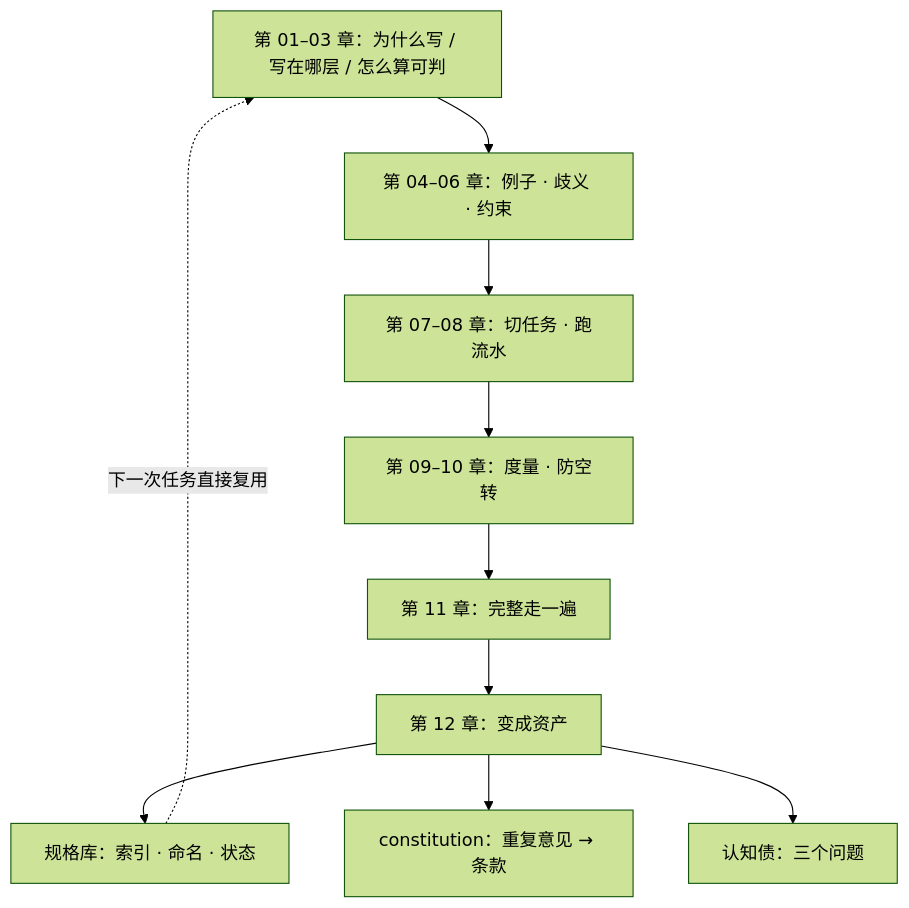
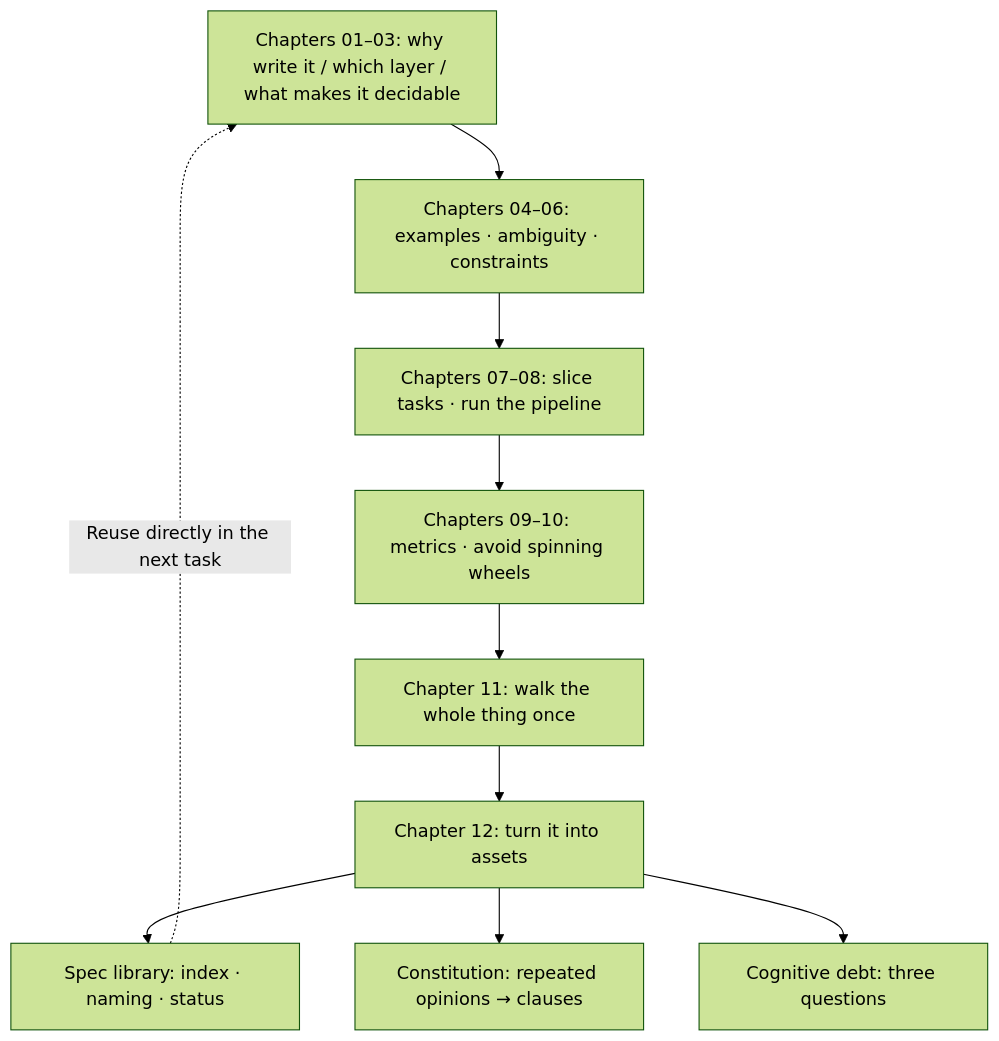
The second of 2 diagrams in phase2/chapters/ch12-spec-library.md (xzlxiao/vibe-coding-textbook), drawn with Mermaid (forest theme) before and after one commit. The commit also changed other lines of this file and 15 other files, not shown here.

````diff
--- a/phase2/chapters/ch12-spec-library.md
+++ b/phase2/chapters/ch12-spec-library.md
@@ -224,12 +224,12 @@
 ```mermaid
 flowchart TD
-    A["第 01–03 章：为什么写 / 写在哪层 / 怎么算可判"] --> B["第 04–06 章：例子 · 歧义 · 约束"]
-    B --> C["第 07–08 章：切任务 · 跑流水"]
-    C --> D["第 09–10 章：度量 · 防空转"]
-    D --> E["第 11 章：完整走一遍"]
-    E --> F["第 12 章：变成资产"]
-    F --> G["规格库：索引 · 命名 · 状态"]
-    F --> H["constitution：重复意见 → 条款"]
-    F --> I["认知债：三个问题"]
-    G -.->|"下一次任务直接复用"| A
+    A["Chapters 01–03: why write it / which layer / what makes it decidable"] --> B["Chapters 04–06: examples · ambiguity · constraints"]
+    B --> C["Chapters 07–08: slice tasks · run the pipeline"]
+    C --> D["Chapters 09–10: metrics · avoid spinning wheels"]
+    D --> E["Chapter 11: walk the whole thing once"]
+    E --> F["Chapter 12: turn it into assets"]
+    F --> G["Spec library: index · naming · status"]
+    F --> H["Constitution: repeated opinions → clauses"]
+    F --> I["Cognitive debt: three questions"]
+    G -.->|"Reuse directly in the next task"| A
 ```
````
